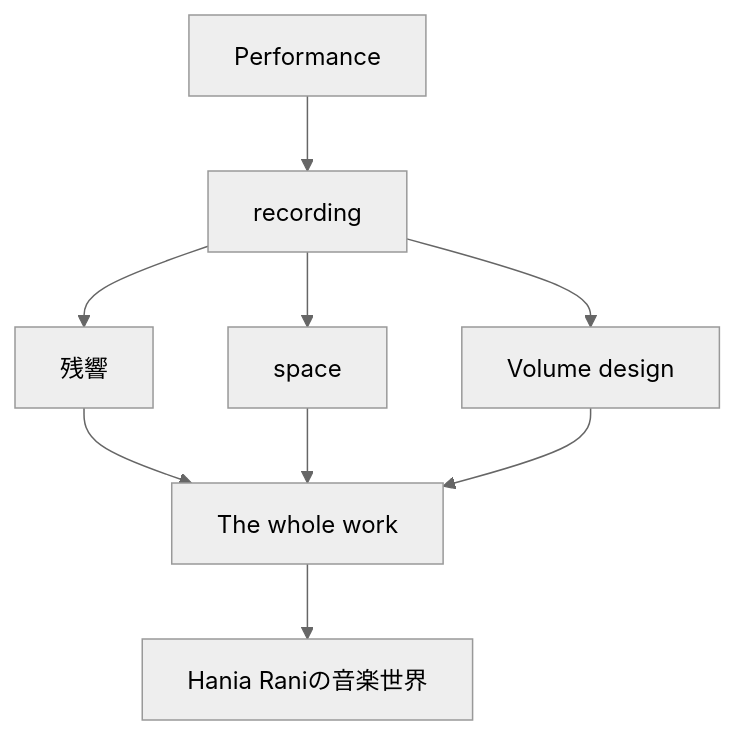
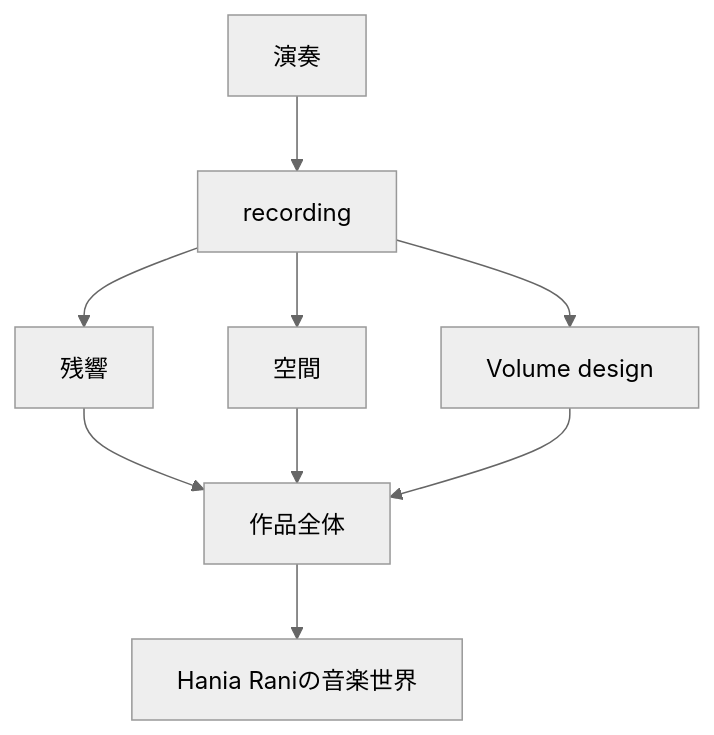
The fourth of 13 diagrams in en/_posts/2026-08-05-column-hania-rani.md (monumental-movement/monumental-movement.github.io), drawn with Mermaid (neutral theme) before and after one commit. The commit also changed other lines of this file and 2196 other files, not shown here.

```diff
--- a/en/_posts/2026-08-05-column-hania-rani.md
+++ b/en/_posts/2026-08-05-column-hania-rani.md
@@ -623,15 +623,15 @@
 <div class="mermaid">
 graph TD
 
-A["Performance"] --> B["recording"]
+A["演奏"] --> B["recording"]
 B --> C["残響"]
-B --> D["space"]
+B --> D["空間"]
 B --> E["Volume design"]
 
-C --> F["The whole work"]
+C --> F["作品全体"]
 D --> F
 E --> F
 
 F --> G["Hania Raniの音楽世界"]
 
 </div>
```
